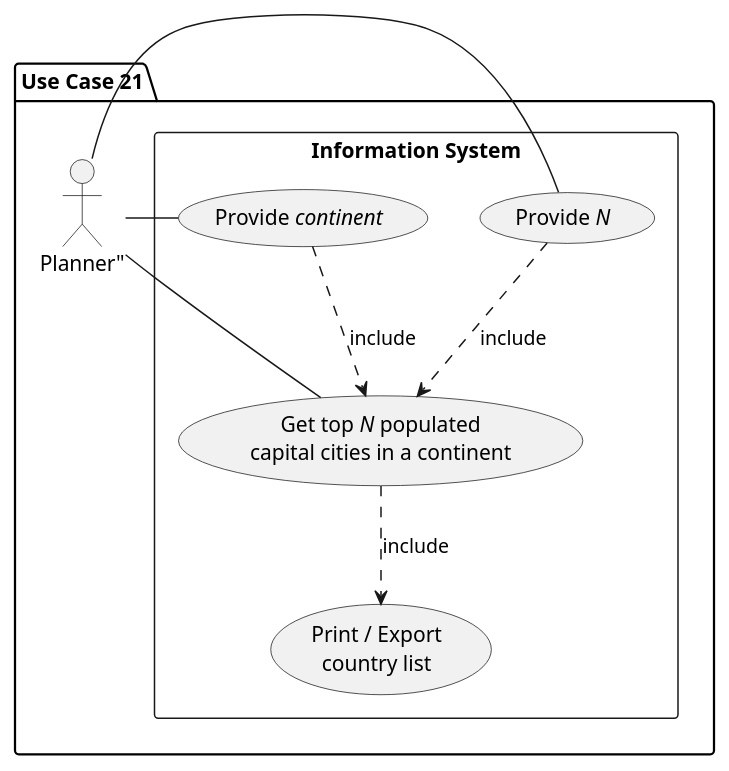
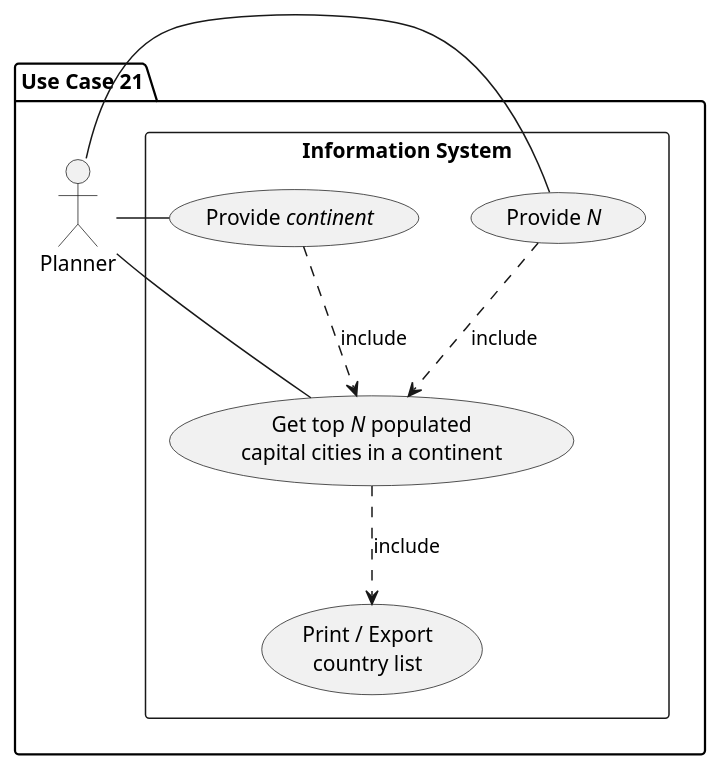
The fourth of 5 diagrams in use-cases/Use-case-diagrams.puml (oparatte/SET08803-Group1), drawn with PlantUML before and after one commit. The commit also changed other lines of this file, not shown here.

```diff
--- a/use-cases/Use-case-diagrams.puml
+++ b/use-cases/Use-case-diagrams.puml
@@ -54,26 +69,26 @@
 @startuml
 
 package "Use Case 21" {
 
-actor A1 as "Planner""
+actor A1 as "Planner"
 
 rectangle "Information System" {
     usecase UC21 as "Get top //N// populated
     capital cities in a continent"
 
     usecase UCa as "Provide //N//"
 
      usecase UCc as "Provide //continent//"
 
     usecase UCb as "Print / Export
             country list"
 
     A1 - UC21
     A1 - UCa
     A1 - UCc
     UCa ..> UC21 : include
     UCc ..> UC21 : include
     UC21 ..> UCb : include
 }
 }
 @enduml
```
